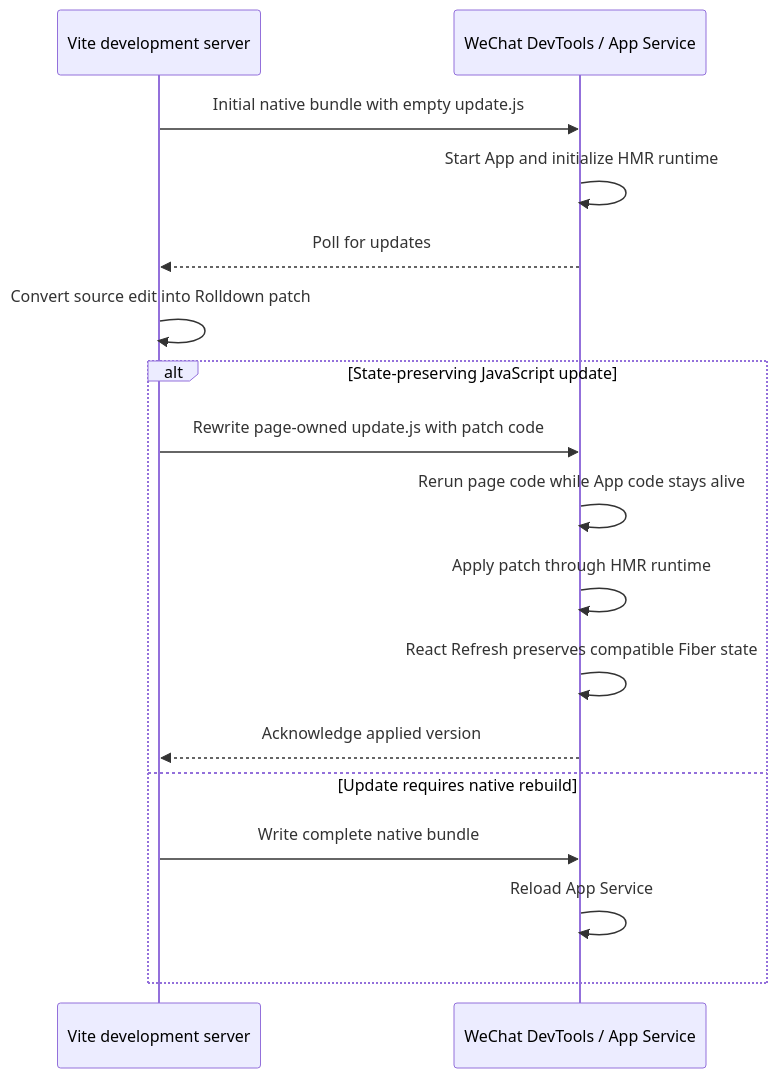
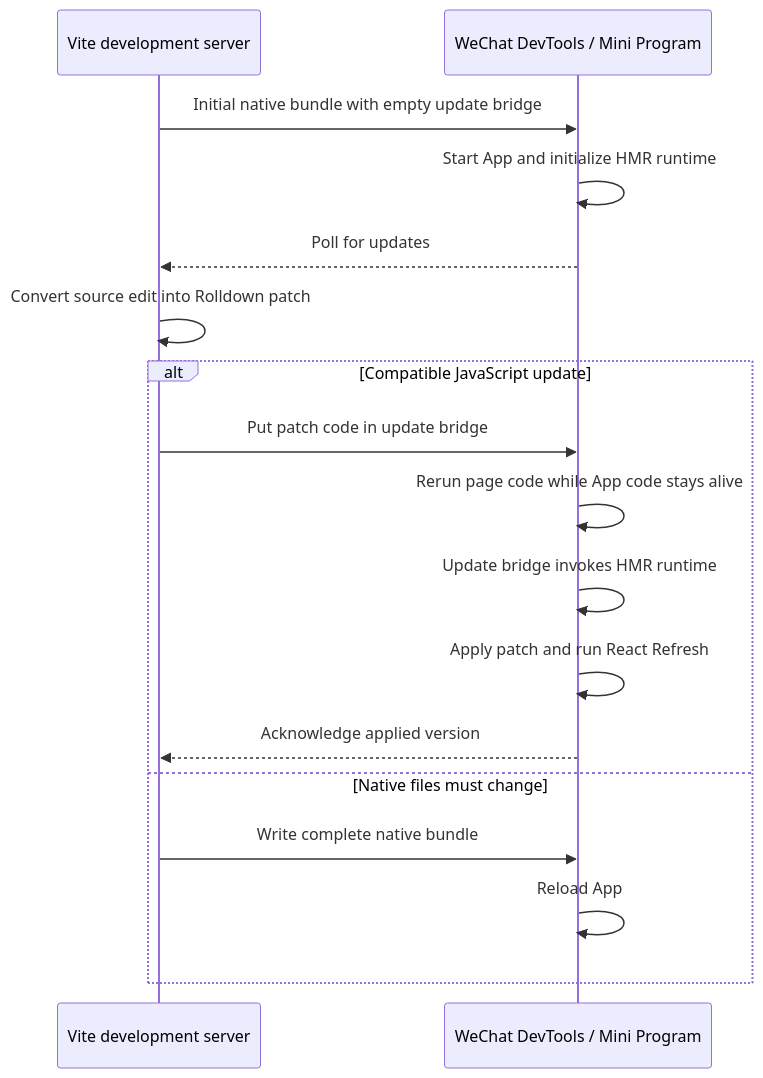
Before and after one commit to sep2/vite-plugin-taro: the diagram in draft/hmr-architecture.md, drawn with Mermaid. The commit also changed other lines of this file and 6 other files, not shown here.

Commit message:
docs: update references from "App Service" to "HMR client" in comments, tests, and drafts

````diff
--- a/draft/hmr-architecture.md
+++ b/draft/hmr-architecture.md
@@ -94,22 +34,22 @@
 ```mermaid
 sequenceDiagram
     participant Server as Vite development server
-    participant WX as WeChat DevTools / App Service
+    participant WX as WeChat DevTools / Mini Program
 
-    Server->>WX: Initial native bundle with empty update.js
+    Server->>WX: Initial native bundle with empty update bridge
     WX->>WX: Start App and initialize HMR runtime
     WX-->>Server: Poll for updates
 
     Server->>Server: Convert source edit into Rolldown patch
 
-    alt State-preserving JavaScript update
-        Server->>WX: Rewrite page-owned update.js with patch code
+    alt Compatible JavaScript update
+        Server->>WX: Put patch code in update bridge
         WX->>WX: Rerun page code while App code stays alive
-        WX->>WX: Apply patch through HMR runtime
-        WX->>WX: React Refresh preserves compatible Fiber state
+        WX->>WX: Update bridge invokes HMR runtime
+        WX->>WX: Apply patch and run React Refresh
         WX-->>Server: Acknowledge applied version
-    else Update requires native rebuild
+    else Native files must change
         Server->>WX: Write complete native bundle
-        WX->>WX: Reload App Service
+        WX->>WX: Reload App
     end
 ```
````
